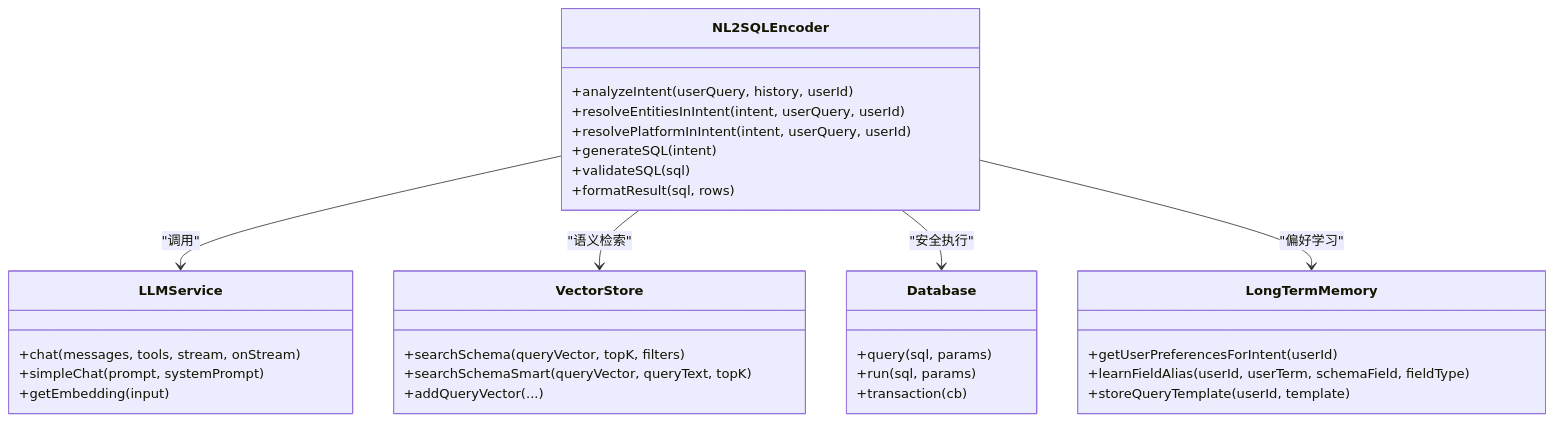
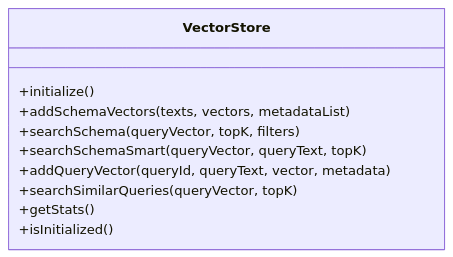
One commit to HanHuiOnLine/724-office changed the seventh of 11 diagrams in NL2SQL/.qoder/repowiki/zh/content/系统架构/系统架构.md. Above: the diagram before and after it, drawn with Mermaid. The commit also changed other lines of this file and 170 other files, not shown here.

````diff
--- a/NL2SQL/.qoder/repowiki/zh/content/系统架构/系统架构.md
+++ b/NL2SQL/.qoder/repowiki/zh/content/系统架构/系统架构.md
@@ -208,35 +277,13 @@
 ```mermaid
 classDiagram
-class NL2SQLEncoder {
-+analyzeIntent(userQuery, history, userId)
-+resolveEntitiesInIntent(intent, userQuery, userId)
-+resolvePlatformInIntent(intent, userQuery, userId)
-+generateSQL(intent)
-+validateSQL(sql)
-+formatResult(sql, rows)
-}
-class LLMService {
-+chat(messages, tools, stream, onStream)
-+simpleChat(prompt, systemPrompt)
-+getEmbedding(input)
-}
 class VectorStore {
++initialize()
++addSchemaVectors(texts, vectors, metadataList)
 +searchSchema(queryVector, topK, filters)
 +searchSchemaSmart(queryVector, queryText, topK)
-+addQueryVector(...)
++addQueryVector(queryId, queryText, vector, metadata)
++searchSimilarQueries(queryVector, topK)
++getStats()
++isInitialized()
 }
-class Database {
-+query(sql, params)
-+run(sql, params)
-+transaction(cb)
-}
-class LongTermMemory {
-+getUserPreferencesForIntent(userId)
-+learnFieldAlias(userId, userTerm, schemaField, fieldType)
-+storeQueryTemplate(userId, template)
-}
-NL2SQLEncoder --> LLMService : "调用"
-NL2SQLEncoder --> VectorStore : "语义检索"
-NL2SQLEncoder --> Database : "安全执行"
-NL2SQLEncoder --> LongTermMemory : "偏好学习"
 ```
````
